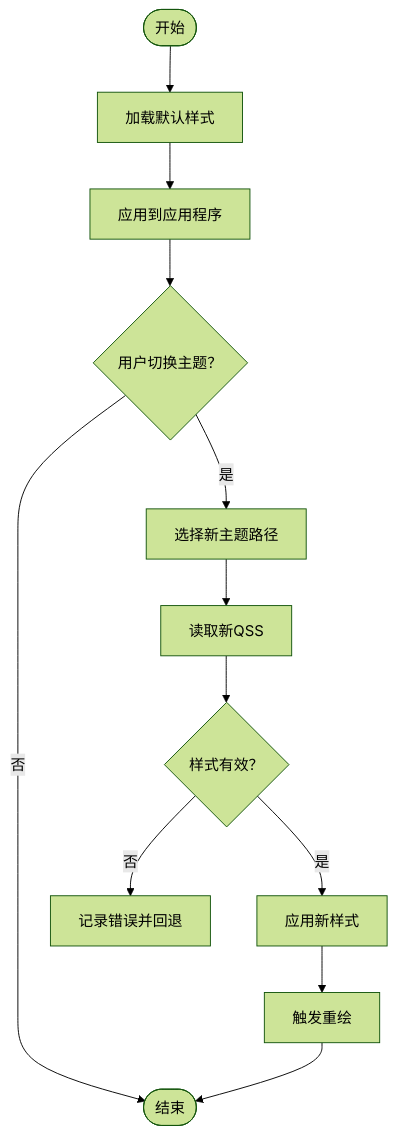
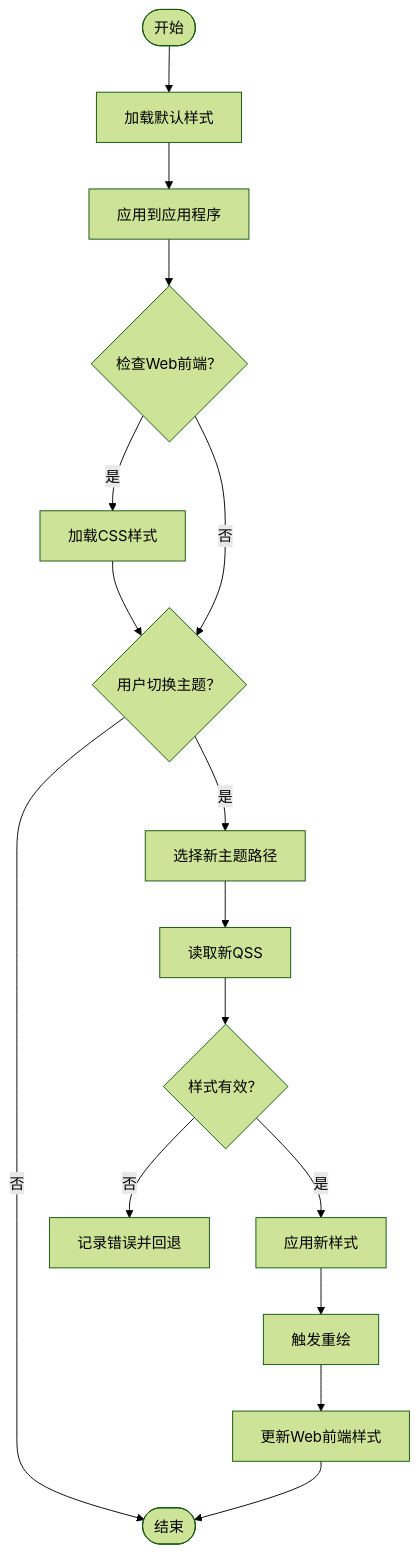
One commit to jakecai1225-design/OpenBus changed the fifth of 21 diagrams in .qoder/repowiki/zh/content/架构设计/UI系统设计/UI系统设计.md. Above: the diagram before and after it, drawn with Mermaid (forest theme). The commit also changed other lines of this file and 59 other files, not shown here.

````diff
--- a/.qoder/repowiki/zh/content/架构设计/UI系统设计/UI系统设计.md
+++ b/.qoder/repowiki/zh/content/架构设计/UI系统设计/UI系统设计.md
@@ -375,14 +369,18 @@
 ```mermaid
 flowchart TD
 Start(["开始"]) --> LoadDefault["加载默认样式"]
 LoadDefault --> Apply["应用到应用程序"]
-Apply --> UserAction{"用户切换主题？"}
+Apply --> CheckWeb{"检查Web前端？"}
+CheckWeb --> |是| LoadCSS["加载CSS样式"]
+CheckWeb --> |否| UserAction{"用户切换主题？"}
+LoadCSS --> UserAction
 UserAction --> |否| End(["结束"])
 UserAction --> |是| SelectTheme["选择新主题路径"]
 SelectTheme --> LoadNew["读取新QSS"]
 LoadNew --> Validate{"样式有效？"}
 Validate --> |否| Error["记录错误并回退"]
 Validate --> |是| ApplyNew["应用新样式"]
 ApplyNew --> Refresh["触发重绘"]
-Refresh --> End
+Refresh --> UpdateWeb["更新Web前端样式"]
+UpdateWeb --> End
 ```
````
